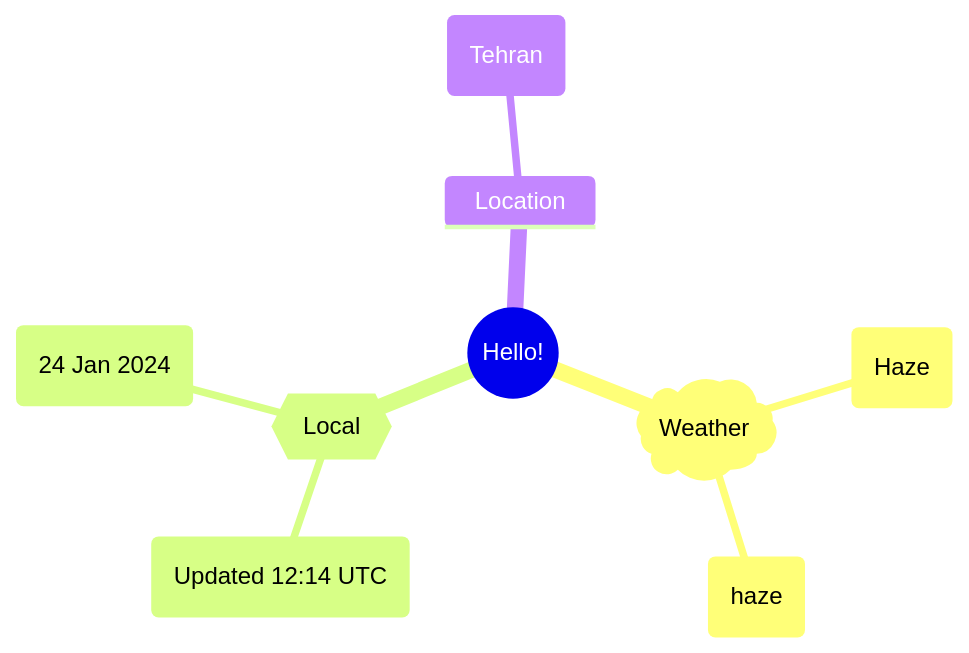
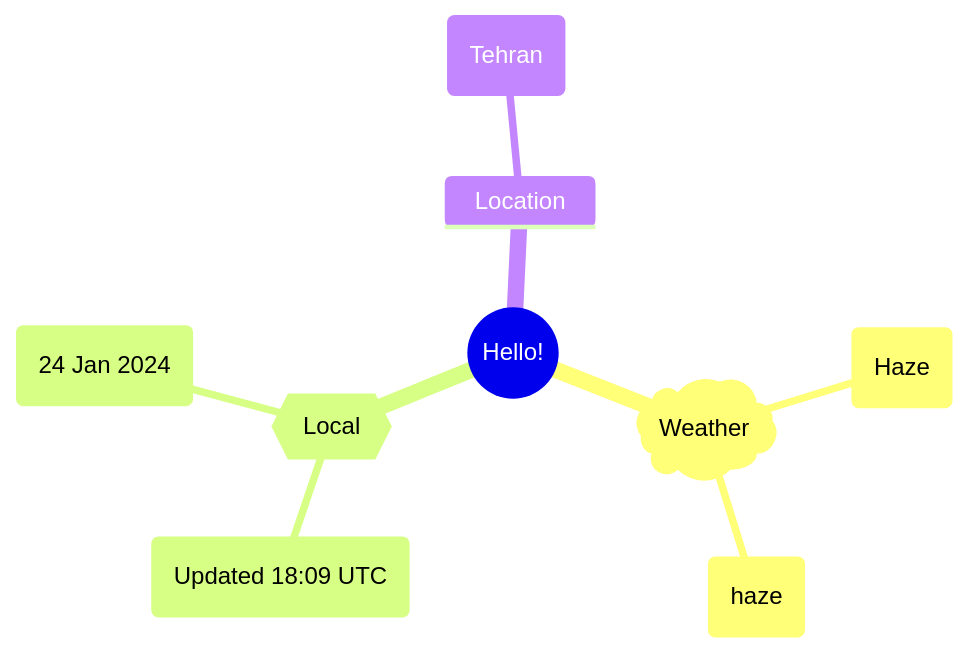
The first of 2 diagrams in README.md (Xosrov/Xosrov), drawn with Mermaid before and after one commit.

Commit message:
[bot] updated images

````diff
--- a/README.md
+++ b/README.md
@@ -3,12 +3,12 @@
 ```mermaid
 mindmap
   root((Hello!))
     )Weather(
         (Haze)
         (haze)
     {{Local}}
-        (Updated 12:14 UTC)
+        (Updated 18:09 UTC)
         (24 Jan 2024)
     Location
         (Tehran)
 ```
````
